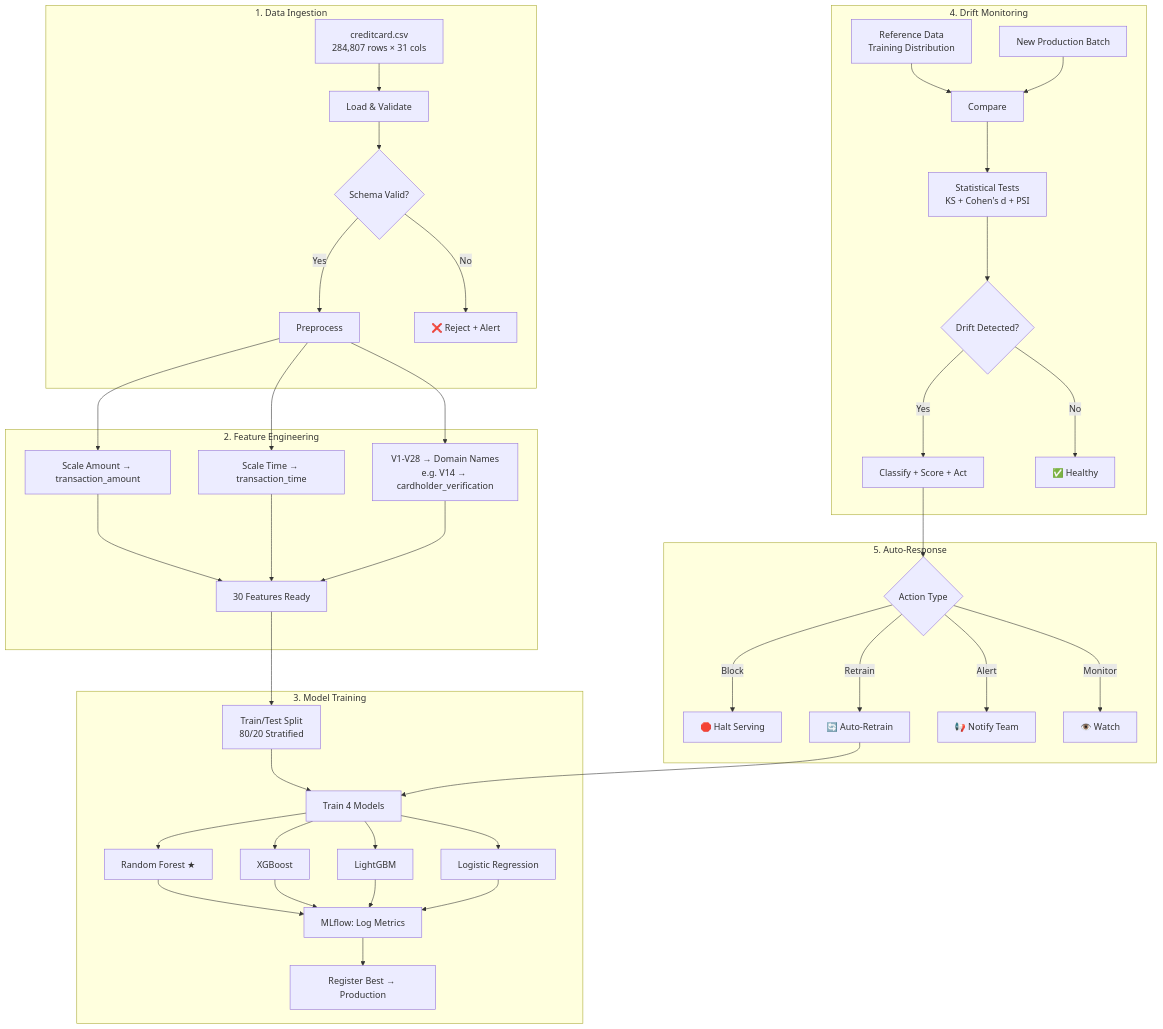
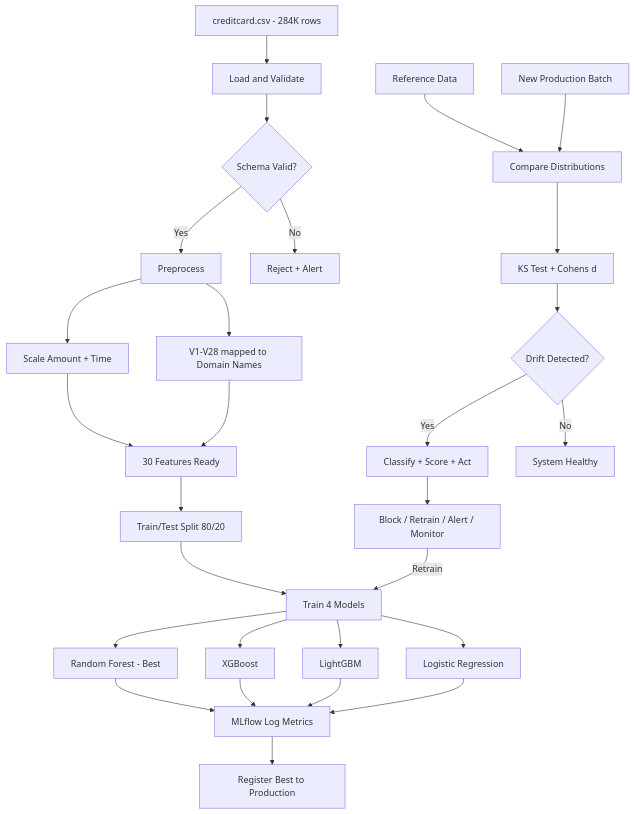
Before and after one commit to sheriff786/drift-taxonomy-engine: the fourth of 7 diagrams in README.md, drawn with Mermaid. The commit also changed other lines of this file and 1 other file, not shown here.

````diff
--- a/README.md
+++ b/README.md
@@ -183,45 +163,30 @@
 ```mermaid
-flowchart TD
-    subgraph "1. Data Ingestion"
-        A[creditcard.csv<br>284,807 rows × 31 cols] --> B[Load & Validate]
-        B --> C{Schema Valid?}
-        C -->|Yes| D[Preprocess]
-        C -->|No| E[❌ Reject + Alert]
-    end
-
-    subgraph "2. Feature Engineering"
-        D --> F[Scale Amount → transaction_amount]
-        D --> G[Scale Time → transaction_time]
-        D --> H[V1-V28 → Domain Names<br>e.g. V14 → cardholder_verification]
-        F & G & H --> I[30 Features Ready]
-    end
-
-    subgraph "3. Model Training"
-        I --> J[Train/Test Split<br>80/20 Stratified]
-        J --> K[Train 4 Models]
-        K --> L[Random Forest ★]
-        K --> M[XGBoost]
-        K --> N[LightGBM]
-        K --> O[Logistic Regression]
-        L & M & N & O --> P[MLflow: Log Metrics]
-        P --> Q[Register Best → Production]
-    end
-
-    subgraph "4. Drift Monitoring"
-        R[Reference Data<br>Training Distribution] --> S[Compare]
-        T[New Production Batch] --> S
-        S --> U[Statistical Tests<br>KS + Cohen's d + PSI]
-        U --> V{Drift Detected?}
-        V -->|Yes| W[Classify + Score + Act]
-        V -->|No| X[✅ Healthy]
-    end
-
-    subgraph "5. Auto-Response"
-        W --> Y{Action Type}
-        Y -->|Block| Z[🛑 Halt Serving]
-        Y -->|Retrain| AA[🔄 Auto-Retrain]
-        Y -->|Alert| BB[📢 Notify Team]
-        Y -->|Monitor| CC[👁️ Watch]
-        AA --> K
-    end
+graph TD
+    A[creditcard.csv - 284K rows] --> B[Load and Validate]
+    B --> C{Schema Valid?}
+    C -->|Yes| D[Preprocess]
+    C -->|No| E[Reject + Alert]
+    D --> F[Scale Amount + Time]
+    D --> H[V1-V28 mapped to Domain Names]
+    F --> I[30 Features Ready]
+    H --> I
+    I --> J[Train/Test Split 80/20]
+    J --> K[Train 4 Models]
+    K --> L[Random Forest - Best]
+    K --> M[XGBoost]
+    K --> N[LightGBM]
+    K --> O[Logistic Regression]
+    L --> P[MLflow Log Metrics]
+    M --> P
+    N --> P
+    O --> P
+    P --> Q[Register Best to Production]
+    R[Reference Data] --> S[Compare Distributions]
+    T[New Production Batch] --> S
+    S --> U[KS Test + Cohens d]
+    U --> V{Drift Detected?}
+    V -->|Yes| W[Classify + Score + Act]
+    V -->|No| X[System Healthy]
+    W --> Y[Block / Retrain / Alert / Monitor]
+    Y -->|Retrain| K
 ```
````
